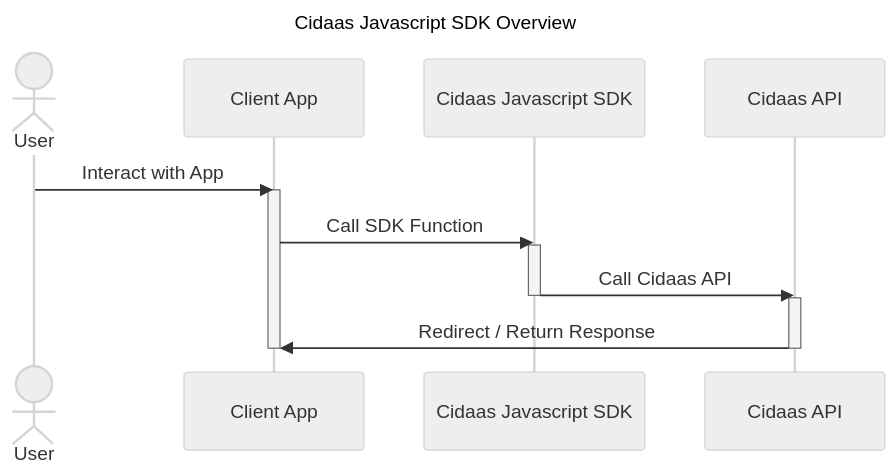
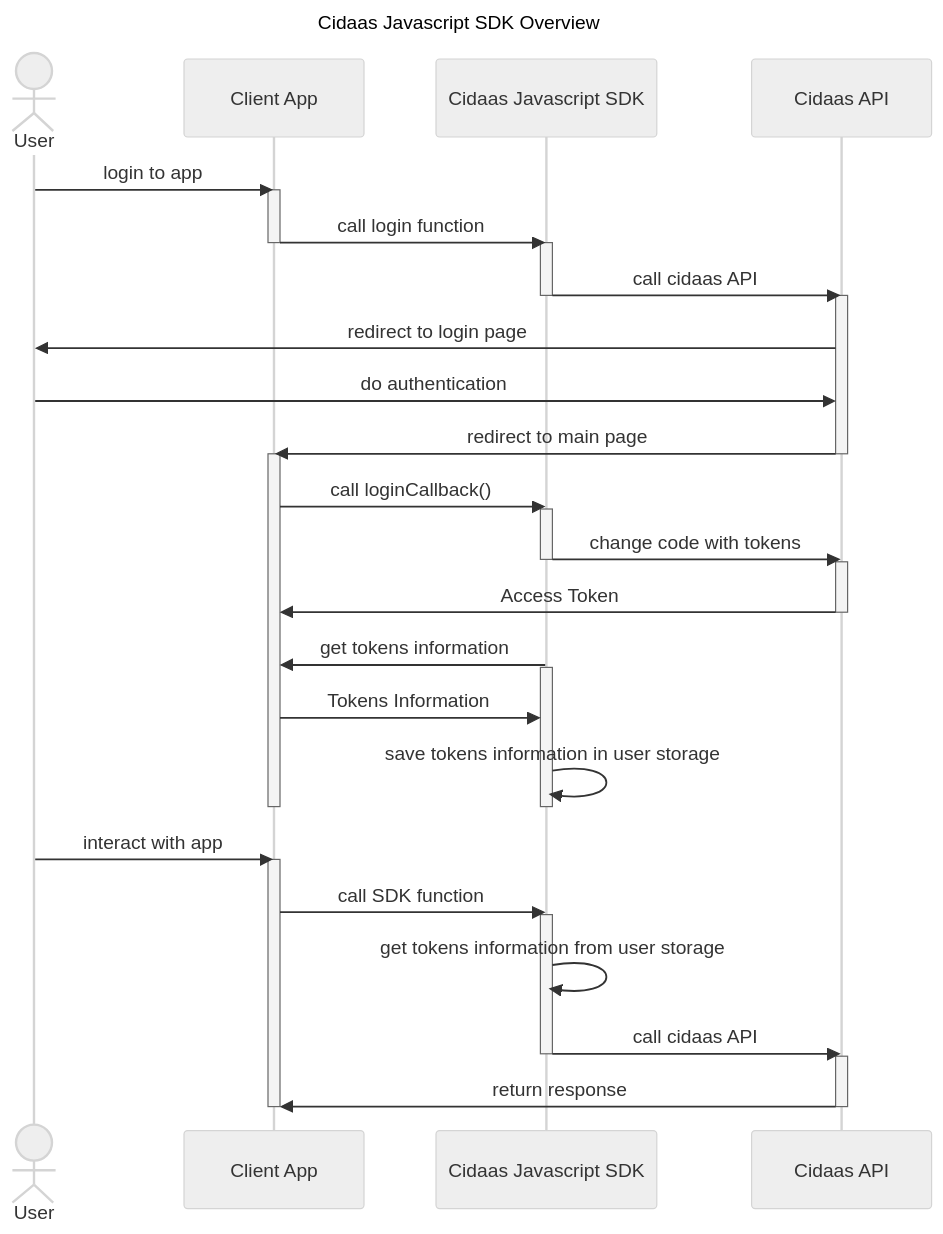
Before and after one commit to cidaas/cidaas-javascript-sdk: the diagram in overview.md, drawn with Mermaid (neutral theme).

Commit message:
update overview sequence diagram

````diff
--- a/overview.md
+++ b/overview.md
@@ -5,25 +5,63 @@
 ```mermaid
 ---
 title: Cidaas Javascript SDK Overview
 ---
 sequenceDiagram
   Actor User
   participant ClientApp as Client App
   participant CidaasSDK as Cidaas Javascript SDK
   participant CidaasAPI as Cidaas API
 
-User ->> ClientApp: Interact with App
+User ->> ClientApp: login to app
 
 activate ClientApp
-ClientApp ->> CidaasSDK: Call SDK Function
+ClientApp ->> CidaasSDK: call login function
+deactivate ClientApp
 
 activate CidaasSDK
-CidaasSDK ->> CidaasAPI: Call Cidaas API
+CidaasSDK ->> CidaasAPI: call cidaas API
 deactivate CidaasSDK
 
 activate CidaasAPI
-CidaasAPI ->> ClientApp: Redirect / Return Response
+CidaasAPI ->> User: redirect to login page
+User ->> CidaasAPI: do authentication
+CidaasAPI ->> ClientApp: redirect to main page
+deactivate CidaasAPI
+
+activate ClientApp
+ClientApp ->> CidaasSDK: call loginCallback()
+
+activate CidaasSDK
+CidaasSDK ->> CidaasAPI: change code with tokens
+deactivate CidaasSDK
+
+activate CidaasAPI
+CidaasAPI ->> ClientApp: Access Token
+deactivate CidaasAPI
+
+CidaasSDK ->> ClientApp: get tokens information
+
+activate CidaasSDK
+ClientApp ->> CidaasSDK: Tokens Information
+CidaasSDK ->> CidaasSDK: save tokens information in user storage
+deactivate CidaasSDK
+
+deactivate ClientApp
+
+
+User ->> ClientApp: interact with app
+
+activate ClientApp
+ClientApp ->> CidaasSDK: call SDK function
+
+activate CidaasSDK
+CidaasSDK ->> CidaasSDK: get tokens information from user storage
+CidaasSDK ->> CidaasAPI: call cidaas API
+deactivate CidaasSDK
+
+activate CidaasAPI
+CidaasAPI ->> ClientApp: return response
 deactivate CidaasAPI
 
 deactivate ClientApp
 ```
````
